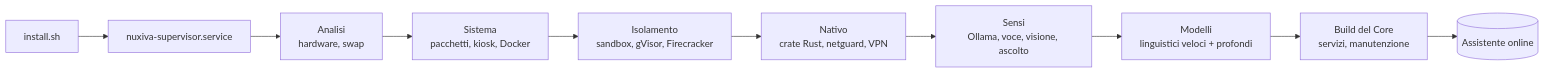
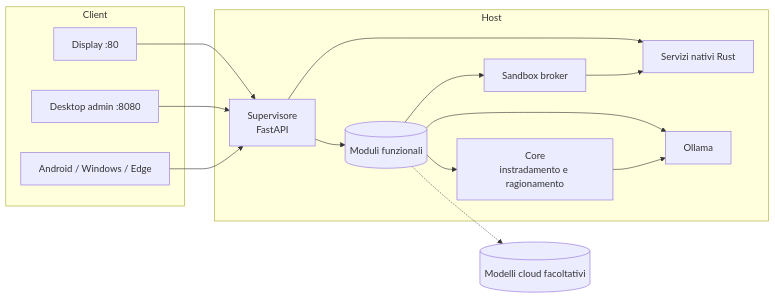
The first of 2 diagrams in README_IT.md (AprileNunzio/Nuxiva), drawn with Mermaid before and after one commit. The commit also changed other lines of this file and 3 other files, not shown here.

````diff
--- a/README_IT.md
+++ b/README_IT.md
@@ -73,12 +109,28 @@
 ```mermaid
 flowchart LR
-    A[install.sh] --> B[nuxiva-supervisor.service]
-    B --> C[Analisi<br/>hardware, swap]
-    C --> D[Sistema<br/>pacchetti, kiosk, Docker]
-    D --> E[Isolamento<br/>sandbox, gVisor, Firecracker]
-    E --> F[Nativo<br/>crate Rust, netguard, VPN]
-    F --> G[Sensi<br/>Ollama, voce, visione, ascolto]
-    G --> H[Modelli<br/>linguistici veloci + profondi]
-    H --> I[Build del Core<br/>servizi, manutenzione]
-    I --> J[(Assistente online)]
+    subgraph Client
+        D[Display :80]
+        W[Desktop admin :8080]
+        M[Android / Windows / Edge]
+    end
+    subgraph Host
+        S[Supervisore<br/>FastAPI]
+        F[(Moduli funzionali)]
+        C[Core<br/>instradamento e ragionamento]
+        N[Servizi nativi Rust]
+        X[Sandbox broker]
+        O[Ollama]
+    end
+    CL[(Modelli cloud facoltativi)]
+    D --> S
+    W --> S
+    M --> S
+    S --> F
+    F --> C
+    F --> O
+    F -.-> CL
+    C --> O
+    F --> X
+    S --> N
+    X --> N
 ```
````
